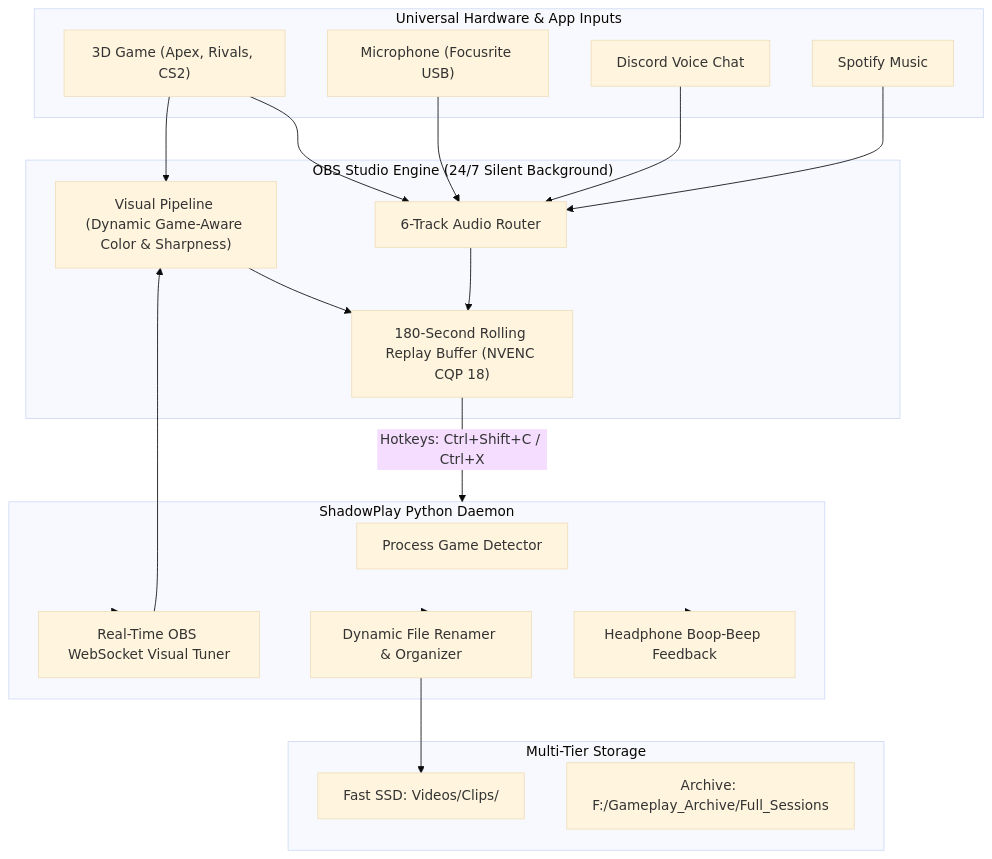
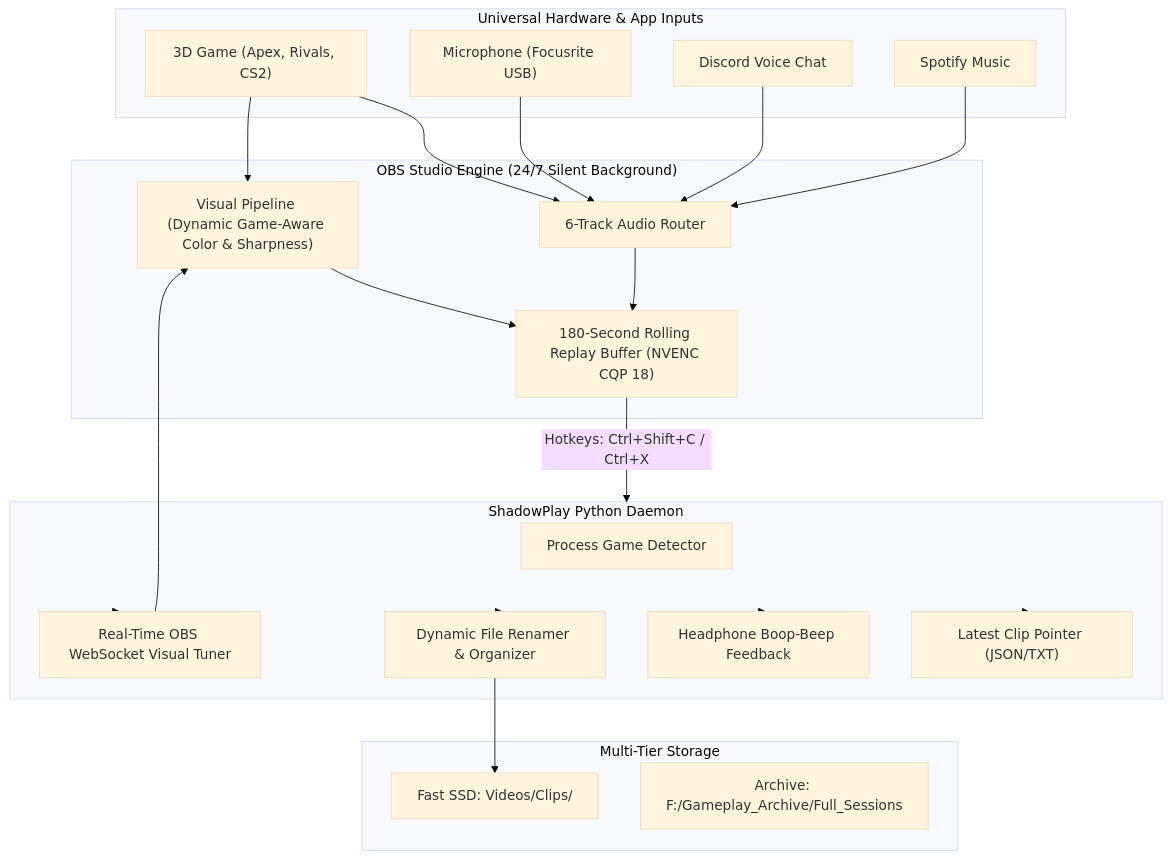
The diagram in README.md (solufelo/obs-replaybuffertool), drawn with Mermaid (base theme) before and after one commit. The commit also changed other lines of this file and 7 other files, not shown here.

````diff
--- a/README.md
+++ b/README.md
@@ -50,34 +55,36 @@
 ```mermaid
 flowchart TD
     subgraph Inputs ["Universal Hardware & App Inputs"]
         Game["3D Game (Apex, Rivals, CS2)"]
         Mic["Microphone (Focusrite USB)"]
         Discord["Discord Voice Chat"]
         Spotify["Spotify Music"]
     end
 
     subgraph OBS ["OBS Studio Engine (24/7 Silent Background)"]
         VFX["Visual Pipeline (Dynamic Game-Aware Color & Sharpness)"]
         Mixer["6-Track Audio Router"]
         RB["180-Second Rolling Replay Buffer (NVENC CQP 18)"]
     end
 
     subgraph Storage ["Multi-Tier Storage"]
         SSD["Fast SSD: Videos/Clips/<Game>"]
         Archive["Archive: F:/Gameplay_Archive/Full_Sessions"]
     end
 
     subgraph Daemon ["ShadowPlay Python Daemon"]
         Detector["Process Game Detector"]
         Tuner["Real-Time OBS WebSocket Visual Tuner"]
         Sorter["Dynamic File Renamer & Organizer"]
         AudioCue["Headphone Boop-Beep Feedback"]
+        Pointer["Latest Clip Pointer (JSON/TXT)"]
     end
 
     Game --> VFX --> RB
     Game & Mic & Discord & Spotify --> Mixer --> RB
     RB -- "Hotkeys: Ctrl+Shift+C / Ctrl+X" --> Daemon
     Daemon --> Sorter --> SSD
     Daemon --> Tuner --> VFX
     Daemon --> AudioCue
+    Daemon --> Pointer
 ```
````
